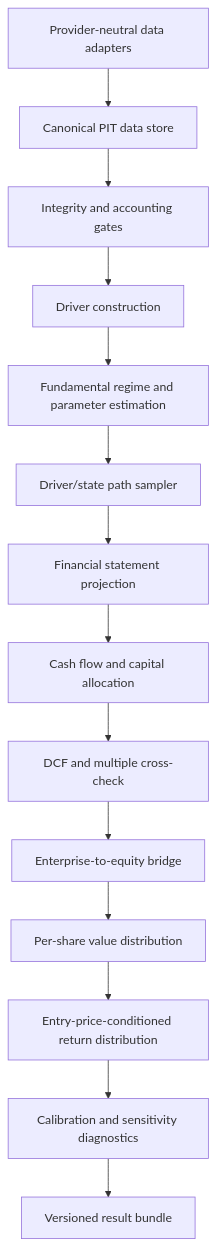
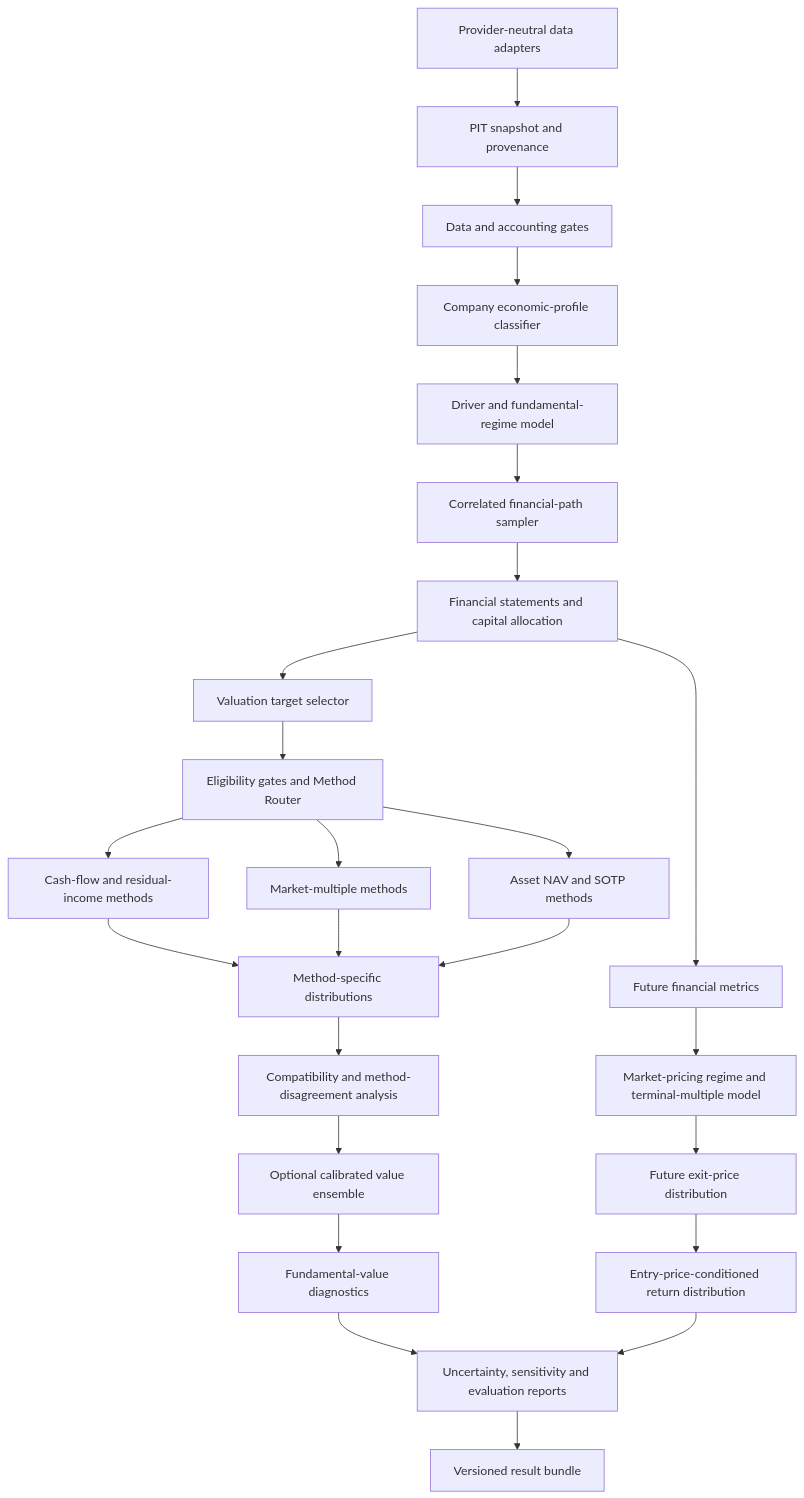
One commit to KenshinQ/dsde-valuation changed the diagram in SPEC.md. Above: the diagram before and after it, drawn with Mermaid. The commit also changed other lines of this file and 1 other file, not shown here.

````diff
--- a/SPEC.md
+++ b/SPEC.md
@@ -101,16 +108,27 @@
 ```mermaid
 flowchart TD
-    A[Provider-neutral data adapters] --> B[Canonical PIT data store]
-    B --> C[Integrity and accounting gates]
-    C --> D[Driver construction]
-    D --> E[Fundamental regime and parameter estimation]
-    E --> F[Driver/state path sampler]
-    F --> G[Financial statement projection]
-    G --> H[Cash flow and capital allocation]
-    H --> I[DCF and multiple cross-check]
-    I --> J[Enterprise-to-equity bridge]
-    J --> K[Per-share value distribution]
-    K --> L[Entry-price-conditioned return distribution]
-    L --> M[Calibration and sensitivity diagnostics]
-    M --> N[Versioned result bundle]
+    A[Provider-neutral data adapters] --> B[PIT snapshot and provenance]
+    B --> C[Data and accounting gates]
+    C --> D[Company economic-profile classifier]
+    D --> E[Driver and fundamental-regime model]
+    E --> F[Correlated financial-path sampler]
+    F --> G[Financial statements and capital allocation]
+    G --> H[Valuation target selector]
+    H --> I[Eligibility gates and Method Router]
+    I --> J1[Cash-flow and residual-income methods]
+    I --> J2[Market-multiple methods]
+    I --> J3[Asset NAV and SOTP methods]
+    J1 --> K[Method-specific distributions]
+    J2 --> K
+    J3 --> K
+    K --> L[Compatibility and method-disagreement analysis]
+    L --> M[Optional calibrated value ensemble]
+    G --> N[Future financial metrics]
+    N --> O[Market-pricing regime and terminal-multiple model]
+    O --> P[Future exit-price distribution]
+    M --> Q[Fundamental-value diagnostics]
+    P --> R[Entry-price-conditioned return distribution]
+    Q --> S[Uncertainty, sensitivity and evaluation reports]
+    R --> S
+    S --> T[Versioned result bundle]
 ```
````
